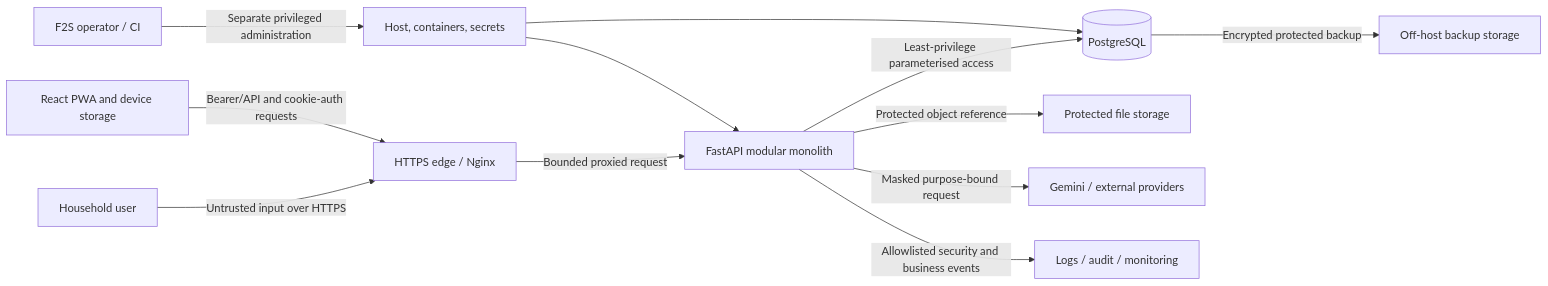
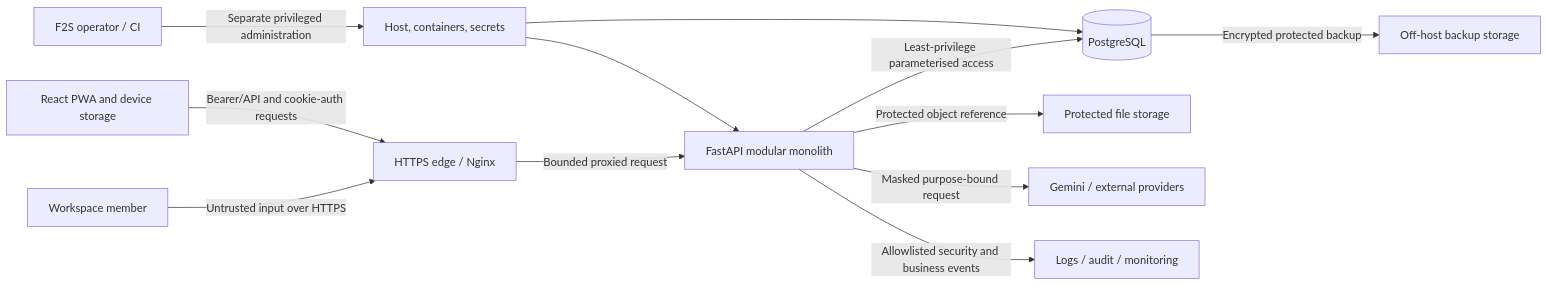
One commit to saiteinthine1020-source/F2S changed the diagram in docs/15_Security_Design.md. Above: the diagram before and after it, drawn with Mermaid. The commit also changed other lines of this file and 36 other files, not shown here.

````diff
--- a/docs/15_Security_Design.md
+++ b/docs/15_Security_Design.md
@@ -103,14 +103,14 @@
 ```mermaid
 flowchart LR
-    User["Household user"] -->|"Untrusted input over HTTPS"| Edge["HTTPS edge / Nginx"]
+    User["Workspace member"] -->|"Untrusted input over HTTPS"| Edge["HTTPS edge / Nginx"]
     Browser["React PWA and device storage"] -->|"Bearer/API and cookie-auth requests"| Edge
     Edge -->|"Bounded proxied request"| App["FastAPI modular monolith"]
     App -->|"Least-privilege parameterised access"| DB[("PostgreSQL")]
     App -->|"Protected object reference"| Files["Protected file storage"]
     App -->|"Masked purpose-bound request"| Provider["Gemini / external providers"]
     App -->|"Allowlisted security and business events"| Obs["Logs / audit / monitoring"]
     DB -->|"Encrypted protected backup"| Backup["Off-host backup storage"]
     Operator["F2S operator / CI"] -->|"Separate privileged administration"| Runtime["Host, containers, secrets"]
     Runtime --> App
     Runtime --> DB
 ```
````
